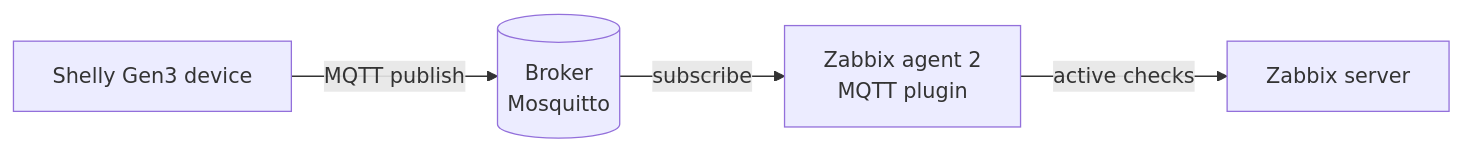
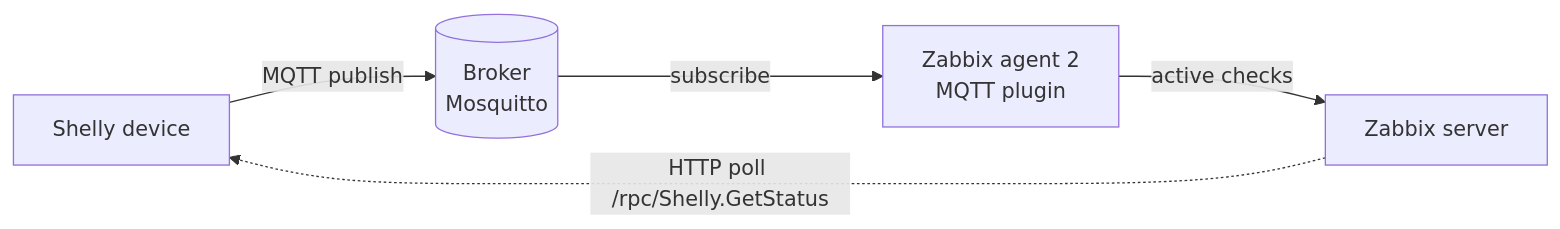
The diagram in README.md (Vest/zabbix-shelly), drawn with Mermaid before and after one commit. The commit also changed other lines of this file and 10 other files, not shown here.

````diff
--- a/README.md
+++ b/README.md
@@ -8,6 +25,7 @@
 ```mermaid
 flowchart LR
-    shelly[Shelly Gen3 device] -->|MQTT publish| broker[(Broker<br/>Mosquitto)]
+    shelly[Shelly device] -->|MQTT publish| broker[(Broker<br/>Mosquitto)]
     broker -->|subscribe| agent[Zabbix agent 2<br/>MQTT plugin]
     agent -->|active checks| server[Zabbix server]
+    server -.->|HTTP poll /rpc/Shelly.GetStatus| shelly
 ```
````
